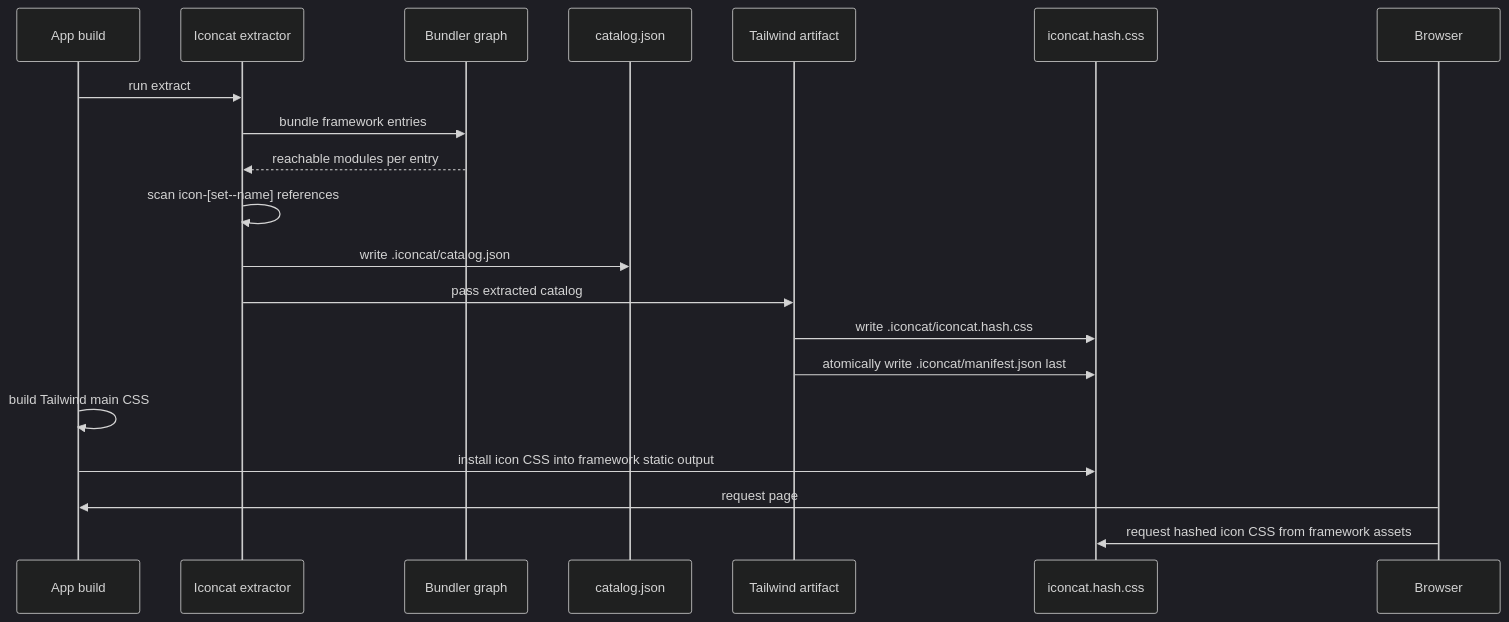
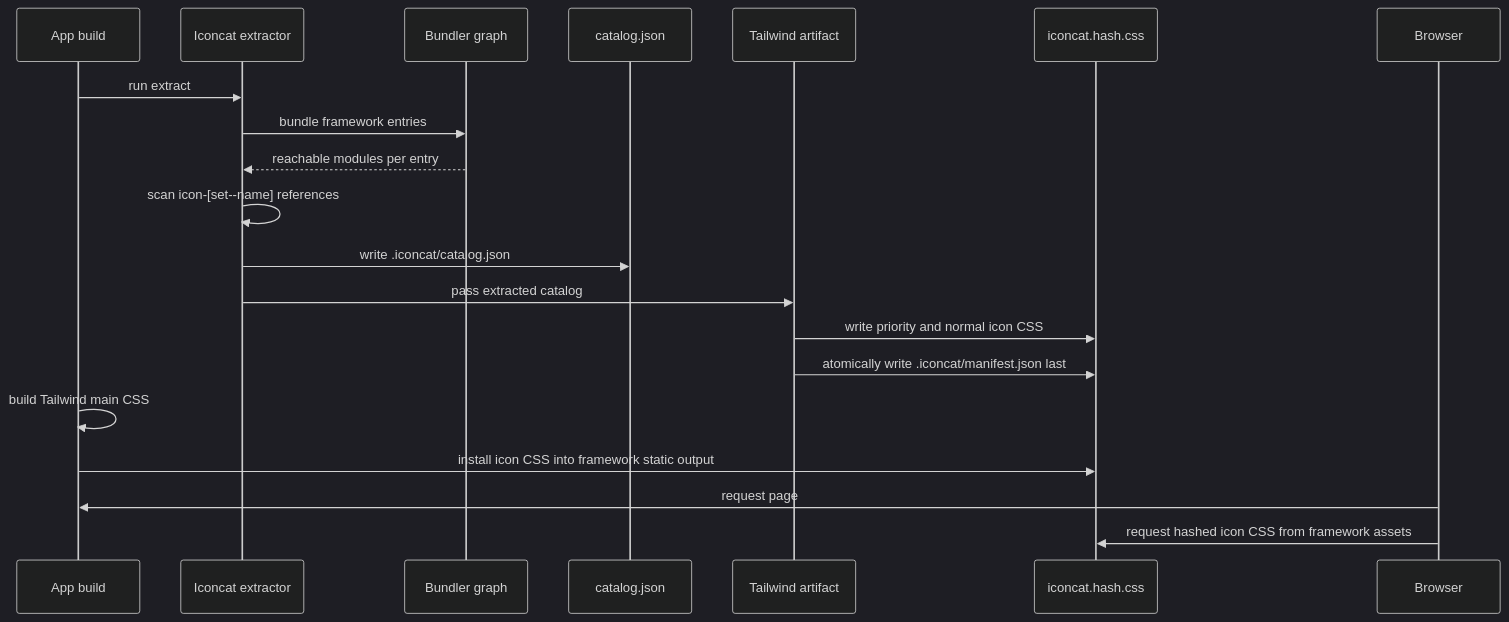
Before and after one commit to yunsii/tailwindcss-plugin-iconify: the third of 7 diagrams in docs/iconcat-flow.md, drawn with Mermaid (dark theme). The commit also changed other lines of this file and 43 other files, not shown here.

First line of the commit message:
✨ feat(iconcat): 支持全局图标 CSS catalog 注入

````diff
--- a/docs/iconcat-flow.md
+++ b/docs/iconcat-flow.md
@@ -46,23 +50,23 @@
 ```mermaid
 sequenceDiagram
   participant App as App build
   participant Iconcat as Iconcat extractor
   participant Bundler as Bundler graph
   participant Catalog as catalog.json
   participant Artifact as Tailwind artifact
   participant CSS as iconcat.hash.css
   participant Browser as Browser
 
   App->>Iconcat: run extract
   Iconcat->>Bundler: bundle framework entries
   Bundler-->>Iconcat: reachable modules per entry
   Iconcat->>Iconcat: scan icon-[set--name] references
   Iconcat->>Catalog: write .iconcat/catalog.json
   Iconcat->>Artifact: pass extracted catalog
-  Artifact->>CSS: write .iconcat/iconcat.hash.css
+  Artifact->>CSS: write priority and normal icon CSS
   Artifact->>CSS: atomically write .iconcat/manifest.json last
   App->>App: build Tailwind main CSS
   App->>CSS: install icon CSS into framework static output
   Browser->>App: request page
   Browser->>CSS: request hashed icon CSS from framework assets
 ```
````
